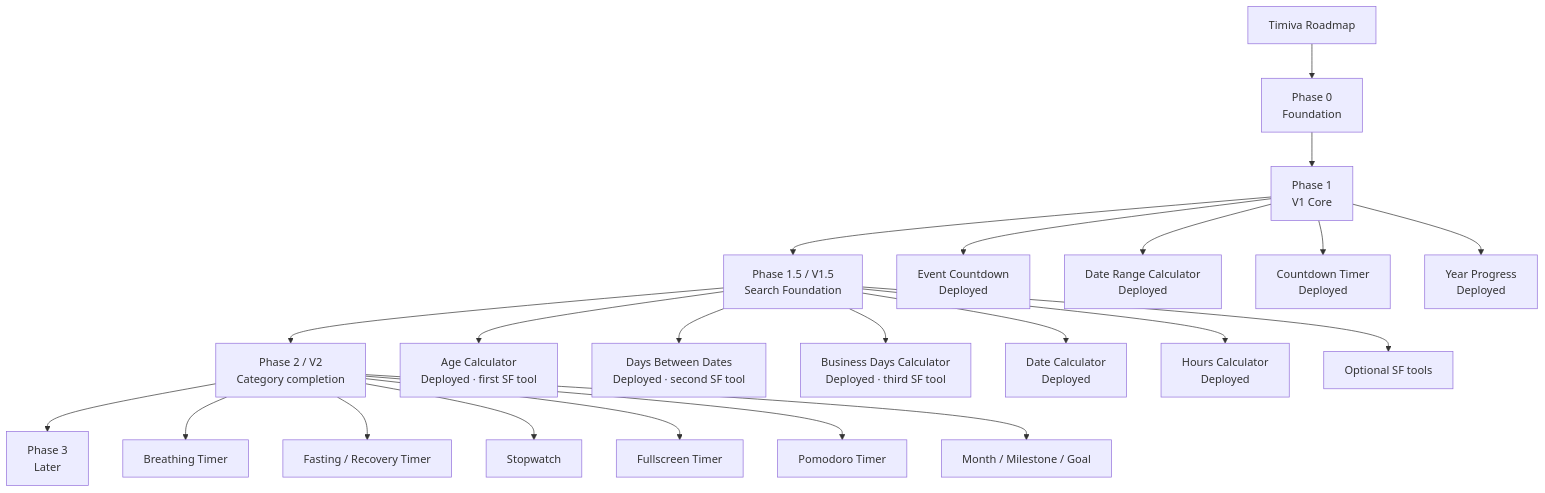
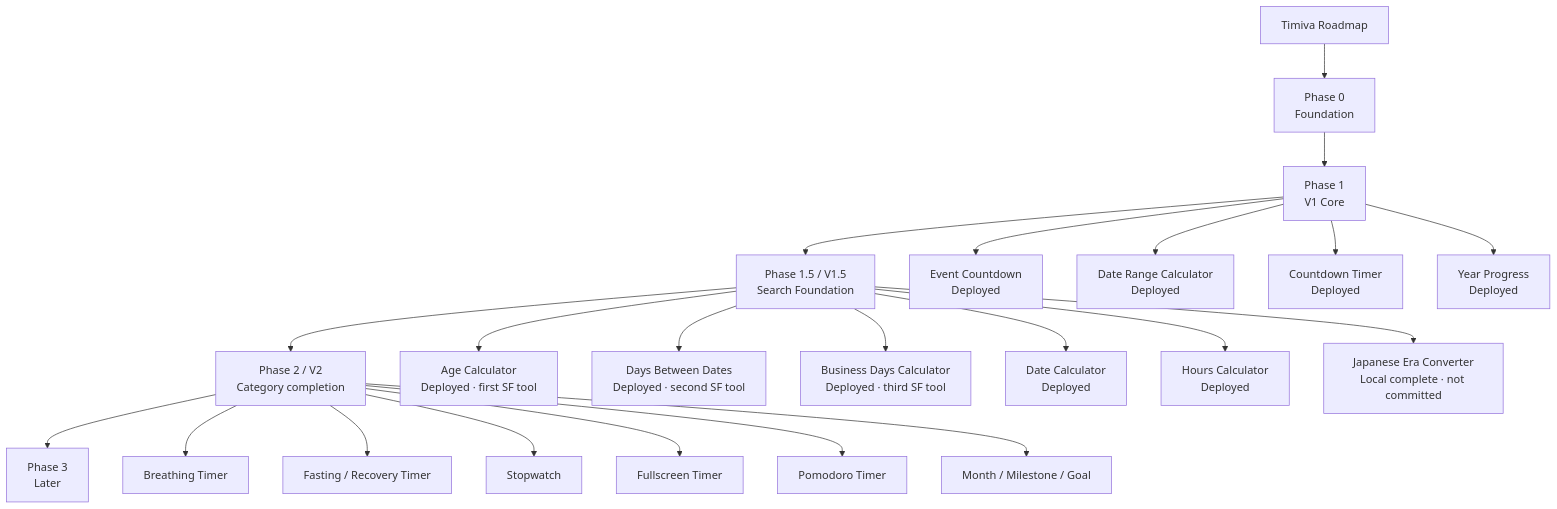
One commit to jd-jane/Timiva changed the diagram in docs/core/roadmap.md. Above: the diagram before and after it, drawn with Mermaid. The commit also changed other lines of this file and 9 other files, not shown here.

Commit message:
feat: integrate Japanese Era Converter across site links

````diff
--- a/docs/core/roadmap.md
+++ b/docs/core/roadmap.md
@@ -35,27 +35,27 @@
 ```mermaid
 flowchart TD
     A[Timiva Roadmap] --> B[Phase 0<br/>Foundation]
     B --> C[Phase 1<br/>V1 Core]
     C --> D[Phase 1.5 / V1.5<br/>Search Foundation]
     D --> E[Phase 2 / V2<br/>Category completion]
     E --> F[Phase 3<br/>Later]
 
     C --> C1[Event Countdown<br/>Deployed]
     C --> C2[Date Range Calculator<br/>Deployed]
     C --> C3[Countdown Timer<br/>Deployed]
     C --> C4[Year Progress<br/>Deployed]
 
     D --> D1[Age Calculator<br/>Deployed · first SF tool]
     D --> D2[Days Between Dates<br/>Deployed · second SF tool]
     D --> D3[Business Days Calculator<br/>Deployed · third SF tool]
     D --> D4[Date Calculator<br/>Deployed]
     D --> D5[Hours Calculator<br/>Deployed]
-    D --> D6[Optional SF tools]
+    D --> D6[Japanese Era Converter<br/>Local complete · not committed]
 
     E --> E1[Breathing Timer]
     E --> E2[Fasting / Recovery Timer]
     E --> E3[Stopwatch]
     E --> E4[Fullscreen Timer]
     E --> E5[Pomodoro Timer]
     E --> E6[Month / Milestone / Goal]
 ```
````
